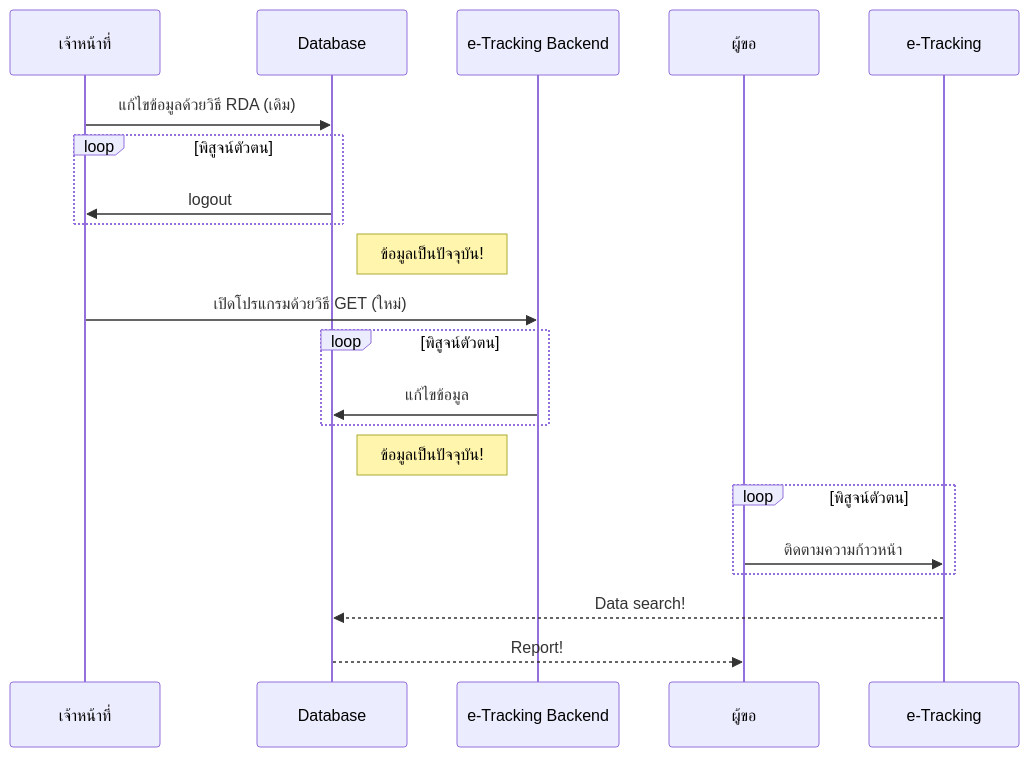
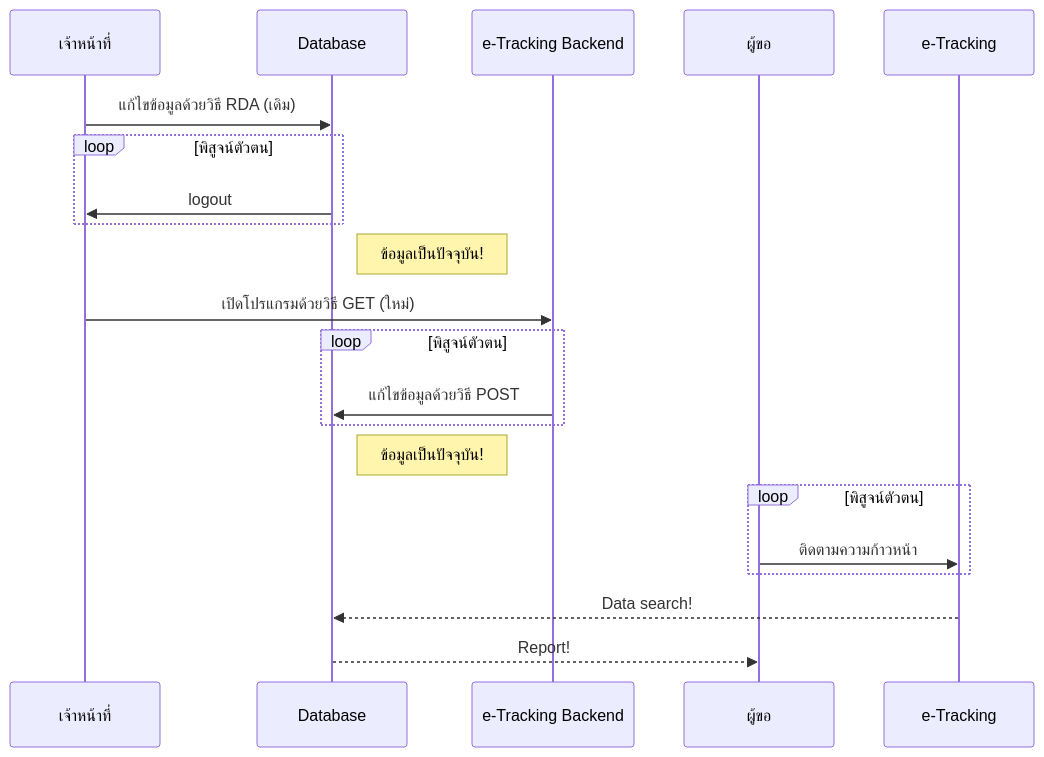
One commit to Kietpawpan/e-tracking changed the second of 2 diagrams in README.md. Above: the diagram before and after it, drawn with Mermaid.

````diff
--- a/README.md
+++ b/README.md
@@ -28,18 +28,18 @@
 ```mermaid
 sequenceDiagram
 เจ้าหน้าที่->>Database: แก้ไขข้อมูลด้วยวิธี RDA (เดิม)
 loop พิสูจน์ตัวตน
 Database->>เจ้าหน้าที่: logout
 end
 Note right of Database: ข้อมูลเป็นปัจจุบัน!
 เจ้าหน้าที่->>e-Tracking Backend: เปิดโปรแกรมด้วยวิธี GET (ใหม่)
 loop พิสูจน์ตัวตน
-    e-Tracking Backend->>Database: แก้ไขข้อมูล
+    e-Tracking Backend->>Database: แก้ไขข้อมูลด้วยวิธี POST
 end
 Note right of Database: ข้อมูลเป็นปัจจุบัน!
 loop พิสูจน์ตัวตน
 ผู้ขอ->>e-Tracking: ติดตามความก้าวหน้า
 end
 e-Tracking-->>Database: Data search!
 Database-->>ผู้ขอ: Report!
 ```
````
